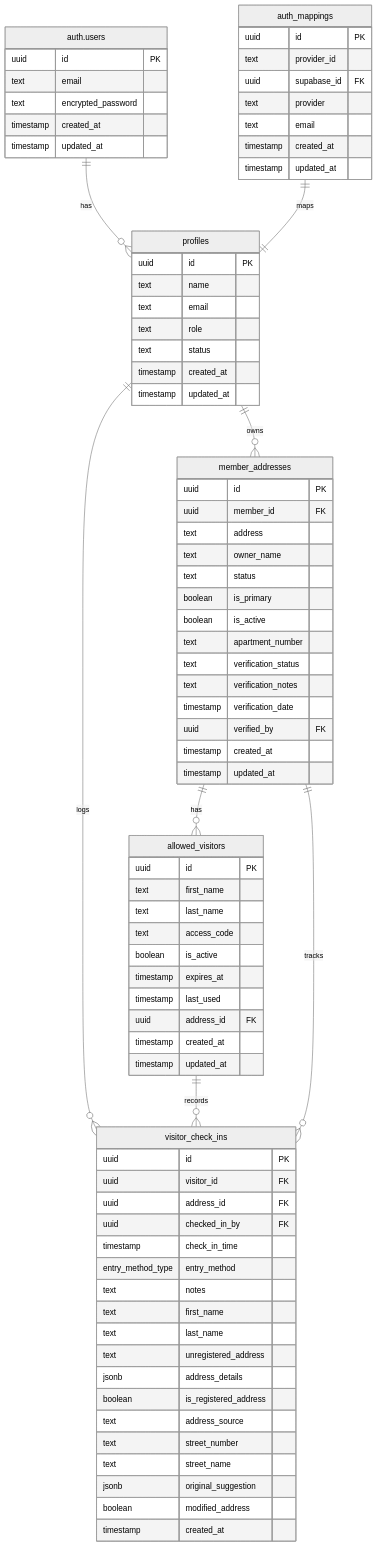
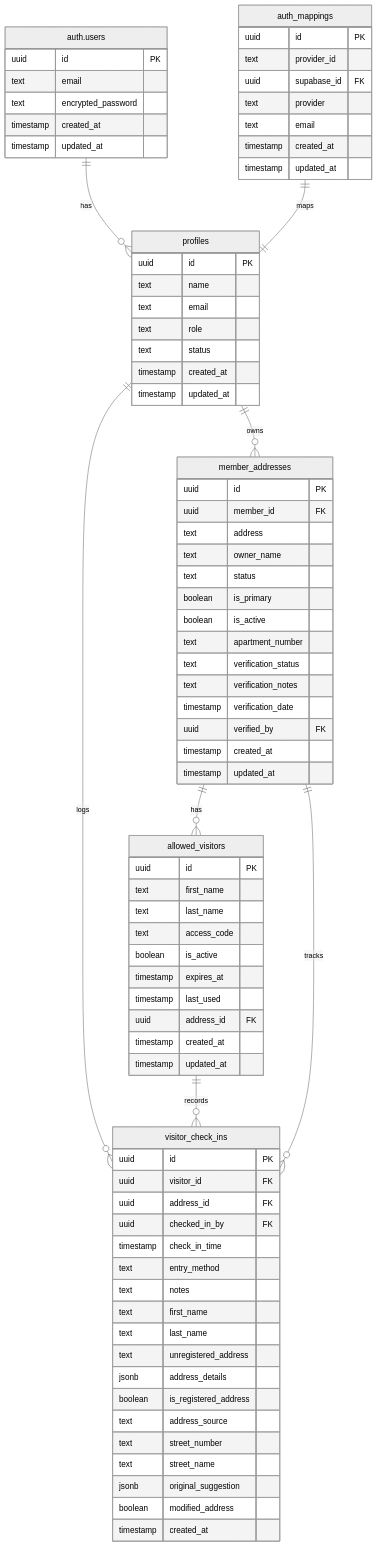
The diagram in databaseDiagram.md (Ehernandez0921/hoa-security-app), drawn with Mermaid (neutral theme) before and after one commit. The commit also changed 3 other files, not shown here.

````diff
--- a/databaseDiagram.md
+++ b/databaseDiagram.md
@@ -3,14 +3,14 @@
 ```mermaid
 erDiagram
-    auth.users ||--o{ profiles : "has"
-    profiles ||--o{ member_addresses : "owns"
-    member_addresses ||--o{ allowed_visitors : "has"
-    profiles ||--o{ visitor_check_ins : "logs"
-    allowed_visitors ||--o{ visitor_check_ins : "records"
-    member_addresses ||--o{ visitor_check_ins : "tracks"
-    auth_mappings ||--|| profiles : "maps"
+    "auth.users" ||--o{ profiles : has
+    profiles ||--o{ member_addresses : owns
+    member_addresses ||--o{ allowed_visitors : has
+    profiles ||--o{ visitor_check_ins : logs
+    allowed_visitors ||--o{ visitor_check_ins : records
+    member_addresses ||--o{ visitor_check_ins : tracks
+    auth_mappings ||--|| profiles : maps
 
-    auth.users {
+    "auth.users" {
         uuid id PK
         text email
         text encrypted_password
@@ -64,7 +64,7 @@
         uuid address_id FK
         uuid checked_in_by FK
         timestamp check_in_time
-        entry_method_type entry_method
+        text entry_method
         text notes
         text first_name
         text last_name
````
